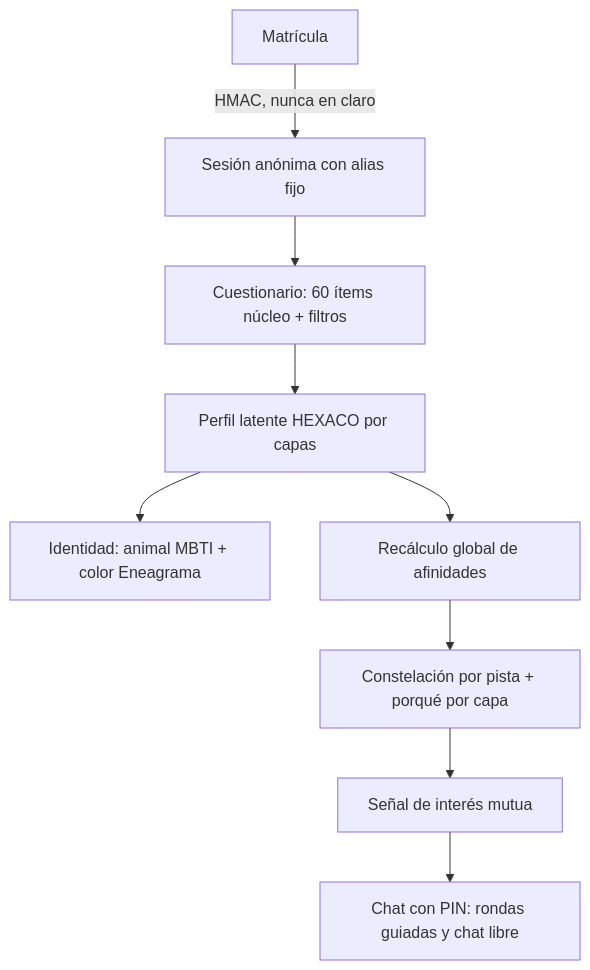
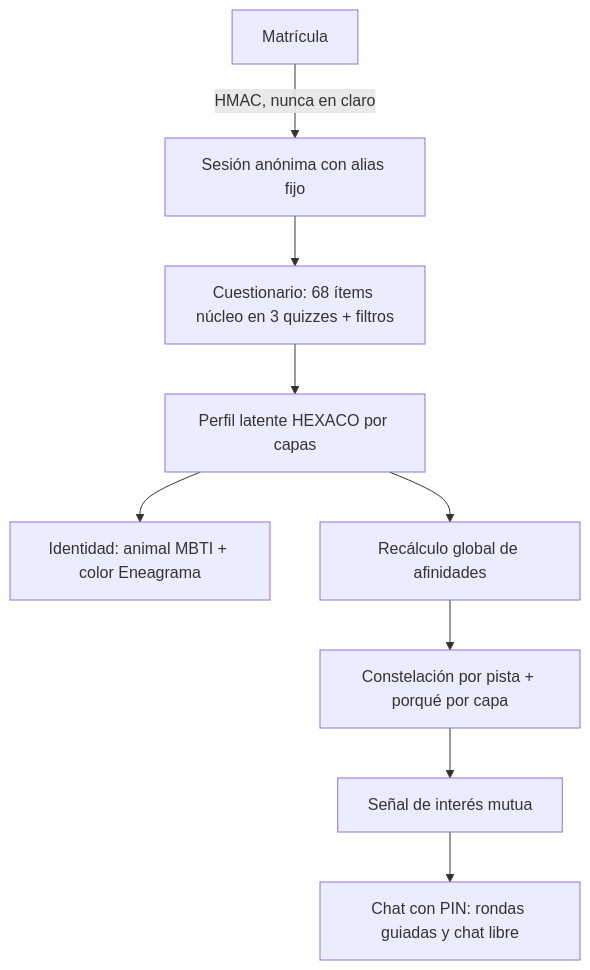
The diagram in README.md (AmeliaDi/ProyectoENESZooMatch), drawn with Mermaid before and after one commit. The commit also changed other lines of this file and 27 other files, not shown here.

First line of the commit message:
feat(quiz): el cuestionario obligatorio se parte en tres quizzes de max 35 reactivos

````diff
--- a/README.md
+++ b/README.md
@@ -22,11 +22,11 @@
 ```mermaid
 graph TD
   A[Matrícula] -->|HMAC, nunca en claro| B[Sesión anónima con alias fijo]
-  B --> C[Cuestionario: 60 ítems núcleo + filtros]
+  B --> C[Cuestionario: 68 ítems núcleo en 3 quizzes + filtros]
   C --> D[Perfil latente HEXACO por capas]
   D --> E[Identidad: animal MBTI + color Eneagrama]
   D --> F[Recálculo global de afinidades]
   F --> G[Constelación por pista + porqué por capa]
   G --> H[Señal de interés mutua]
   H --> I[Chat con PIN: rondas guiadas y chat libre]
 ```
````
